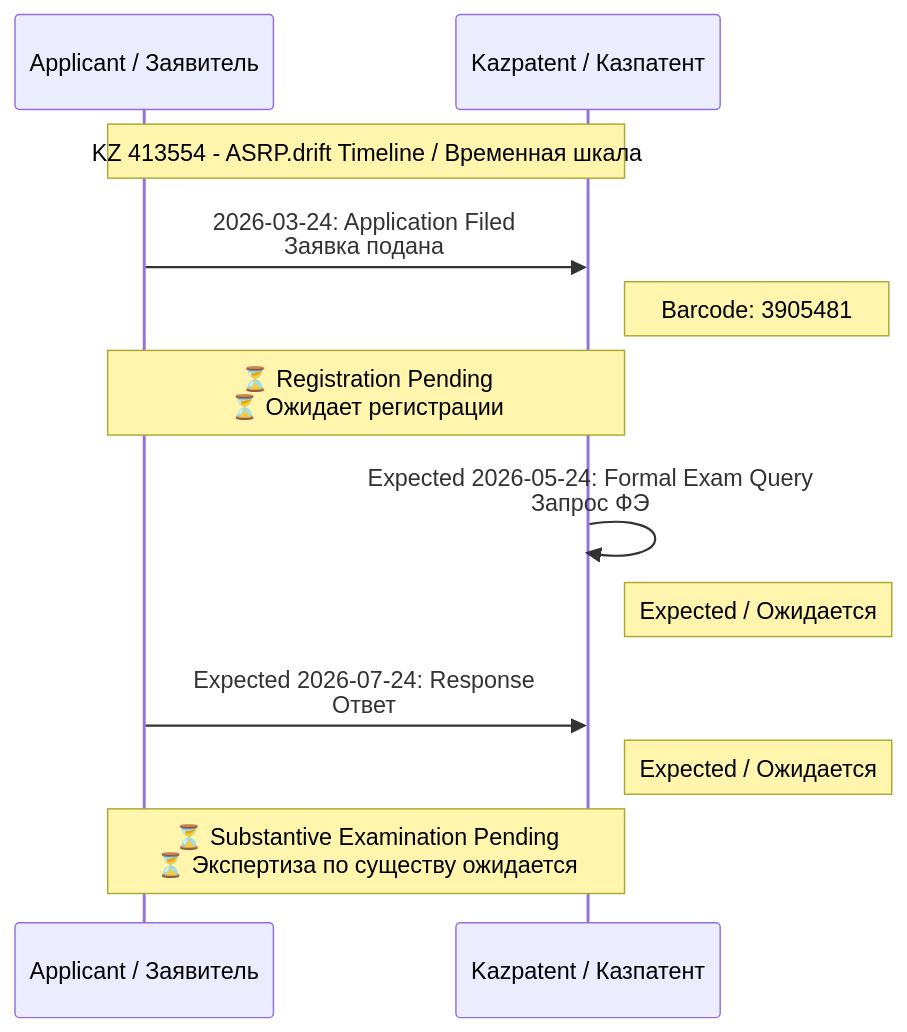
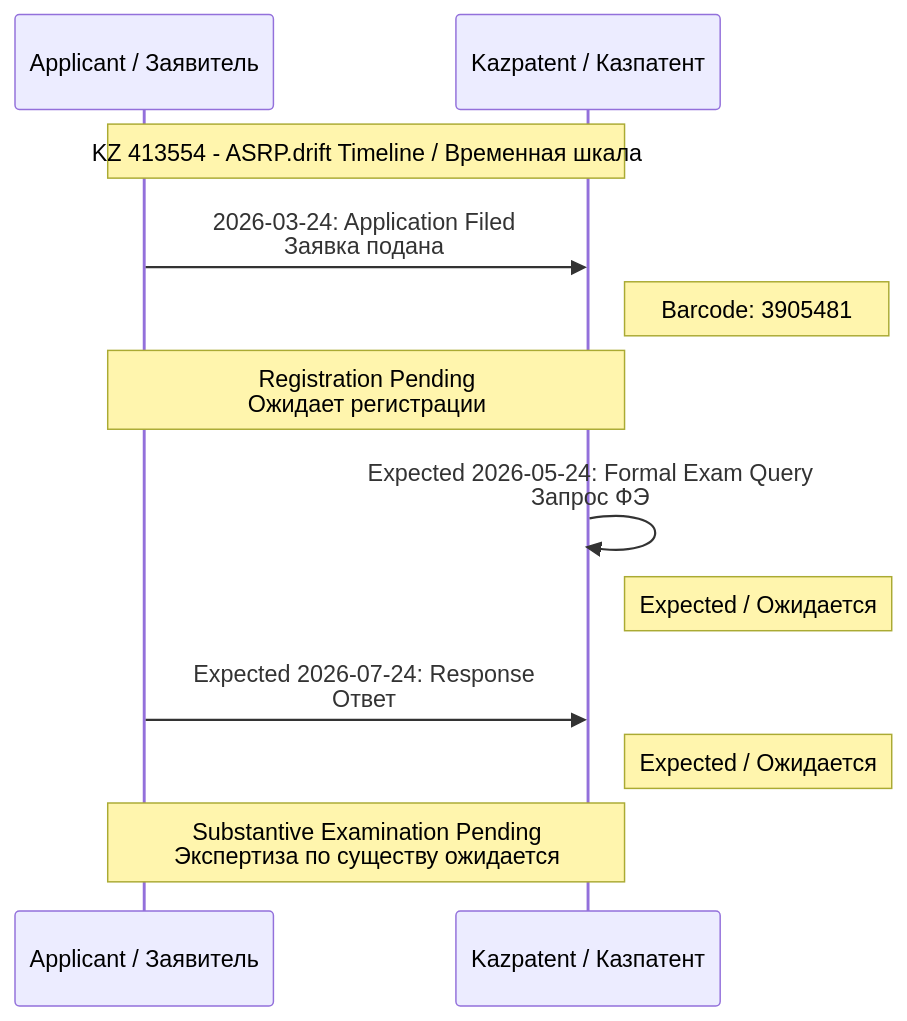
The diagram in README.md (denisbanchenko/Kazpatent_Advanced_Synchro_Resonance_Platform_For_Deep_Resonant_Patent), drawn with Mermaid before and after one commit. The commit also changed other lines of this file, not shown here.

````diff
--- a/README.md
+++ b/README.md
@@ -152,20 +239,20 @@
 ```mermaid
 sequenceDiagram
     participant A as Applicant / Заявитель
     participant K as Kazpatent / Казпатент
 
     Note over A,K: KZ 413554 - ASRP.drift Timeline / Временная шкала
 
     A->>K: 2026-03-24: Application Filed<br/>Заявка подана
     Note right of K: Barcode: 3905481
 
-    Note over A,K: ⏳ Registration Pending<br/>⏳ Ожидает регистрации
+    Note over A,K: Registration Pending<br/>Ожидает регистрации
 
     K->>K: Expected 2026-05-24: Formal Exam Query<br/>Запрос ФЭ
     Note right of K: Expected / Ожидается
 
     A->>K: Expected 2026-07-24: Response<br/>Ответ
     Note right of K: Expected / Ожидается
 
-    Note over A,K: ⏳ Substantive Examination Pending<br/>⏳ Экспертиза по существу ожидается
+    Note over A,K: Substantive Examination Pending<br/>Экспертиза по существу ожидается
 ```
````
